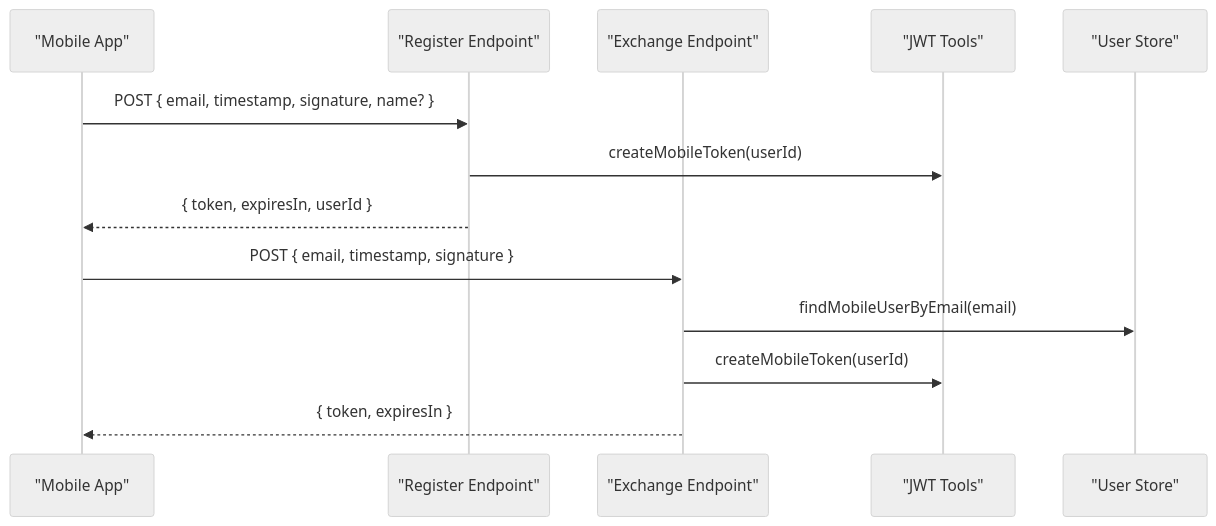
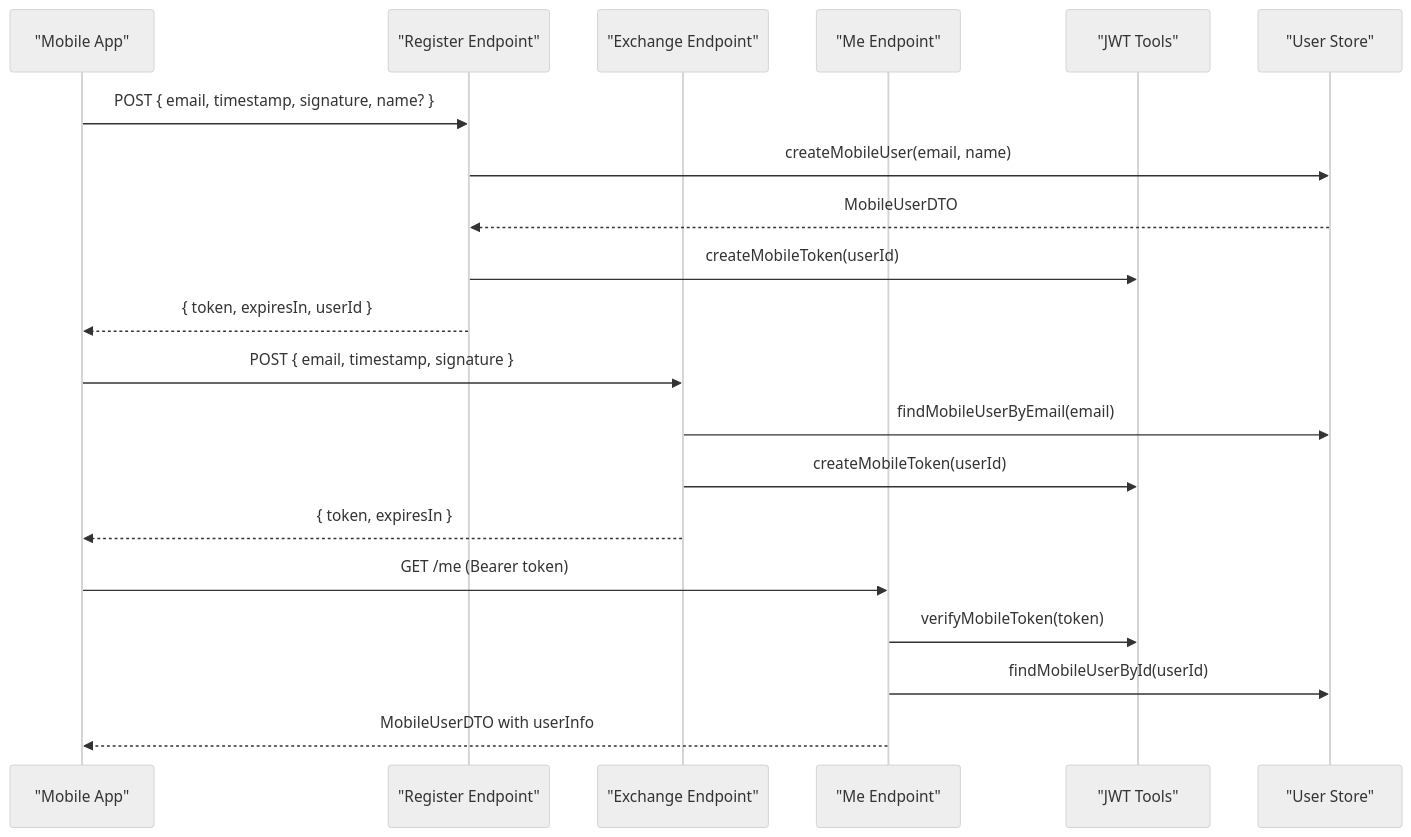
One commit to Dezzpil/meingym changed the third of 10 diagrams in .qoder/repowiki/en/content/Architecture Overview/Mobile API System.md. Above: the diagram before and after it, drawn with Mermaid (neutral theme). The commit also changed other lines of this file and 12 other files, not shown here.

````diff
--- a/.qoder/repowiki/en/content/Architecture Overview/Mobile API System.md
+++ b/.qoder/repowiki/en/content/Architecture Overview/Mobile API System.md
@@ -118,15 +184,22 @@
 ```mermaid
 sequenceDiagram
 participant M as "Mobile App"
 participant REG as "Register Endpoint"
 participant EX as "Exchange Endpoint"
+participant ME as "Me Endpoint"
 participant J as "JWT Tools"
 participant U as "User Store"
 M->>REG : POST { email, timestamp, signature, name? }
+REG->>U : createMobileUser(email, name)
+U-->>REG : MobileUserDTO
 REG->>J : createMobileToken(userId)
 REG-->>M : { token, expiresIn, userId }
 M->>EX : POST { email, timestamp, signature }
 EX->>U : findMobileUserByEmail(email)
 EX->>J : createMobileToken(userId)
 EX-->>M : { token, expiresIn }
+M->>ME : GET /me (Bearer token)
+ME->>J : verifyMobileToken(token)
+ME->>U : findMobileUserById(userId)
+ME-->>M : MobileUserDTO with userInfo
 ```
````
